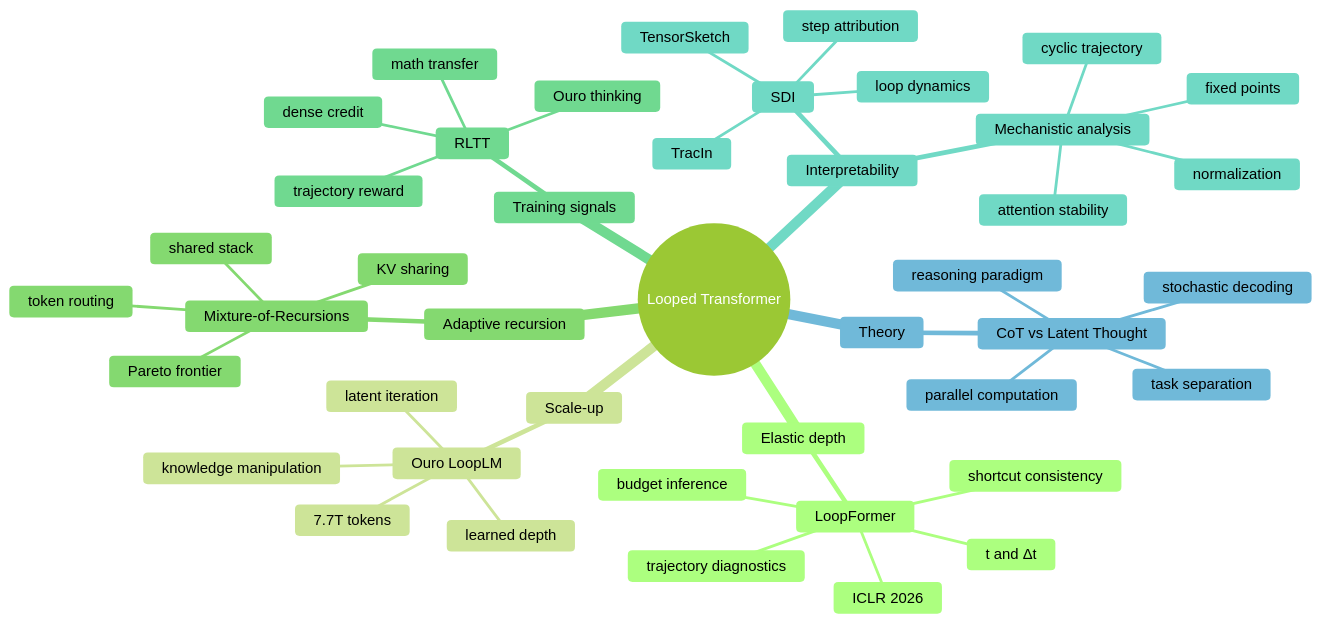
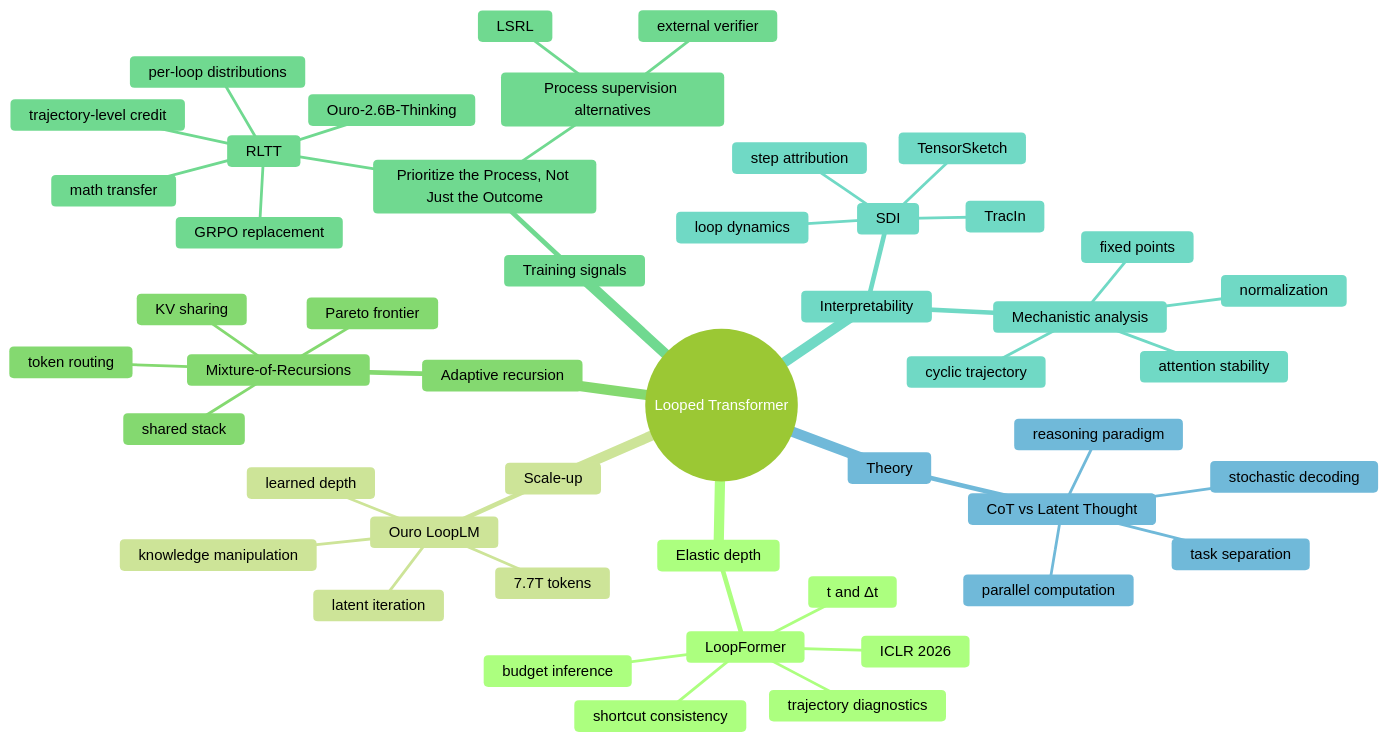
The diagram in content/新论文新技术/Looped Transformer/Looped Transformer_思维导图.md (ziyi-wang2003/studynote), drawn with Mermaid (forest theme) before and after one commit. The commit also changed 2 other files, not shown here.

Commit message:
更新笔记

````diff
--- a/content/新论文新技术/Looped Transformer/Looped Transformer_思维导图.md
+++ b/content/新论文新技术/Looped Transformer/Looped Transformer_思维导图.md
@@ -12,46 +12,51 @@
 ```mermaid
 mindmap
   root((Looped Transformer))
     Elastic depth
       LoopFormer
         ICLR 2026
         budget inference
         t and Δt
         shortcut consistency
         trajectory diagnostics
     Scale-up
       Ouro LoopLM
         7.7T tokens
         latent iteration
         learned depth
         knowledge manipulation
     Adaptive recursion
       Mixture-of-Recursions
         token routing
         shared stack
         KV sharing
         Pareto frontier
     Training signals
-      RLTT
-        trajectory reward
-        dense credit
-        Ouro thinking
-        math transfer
+      Prioritize the Process, Not Just the Outcome
+        RLTT
+          trajectory-level credit
+          per-loop distributions
+          GRPO replacement
+          Ouro-2.6B-Thinking
+          math transfer
+        Process supervision alternatives
+          LSRL
+          external verifier
     Interpretability
       SDI
         step attribution
         TracIn
         TensorSketch
         loop dynamics
       Mechanistic analysis
         fixed points
         cyclic trajectory
         attention stability
         normalization
     Theory
       CoT vs Latent Thought
         parallel computation
         stochastic decoding
         task separation
         reasoning paradigm
 ```
````
